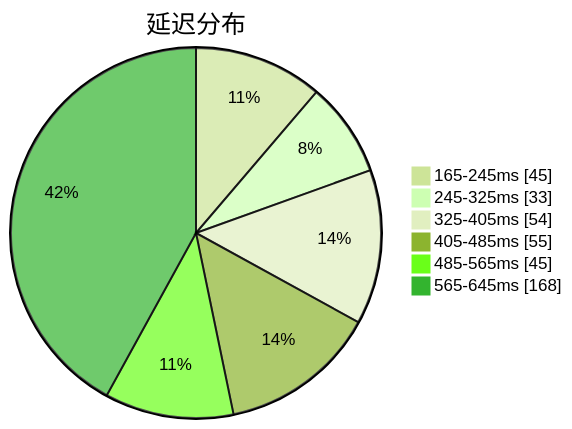
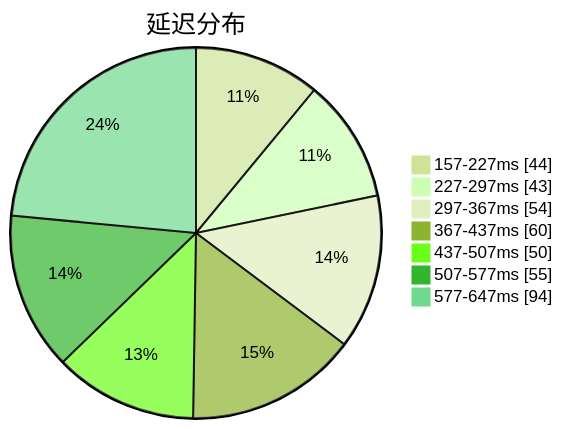
Before and after one commit to qjlxg/airport: the first of 3 diagrams in subs/statistics/tested_within.md, drawn with Mermaid (forest theme). The commit also changed other lines of this file and 2 other files, not shown here.

````diff
--- a/subs/statistics/tested_within.md
+++ b/subs/statistics/tested_within.md
@@ -2,10 +2,11 @@
 ```mermaid
 pie showData
 title 延迟分布
-"165-245ms" : 45
-"245-325ms" : 33
-"325-405ms" : 54
-"405-485ms" : 55
-"485-565ms" : 45
-"565-645ms" : 168
+"157-227ms" : 44
+"227-297ms" : 43
+"297-367ms" : 54
+"367-437ms" : 60
+"437-507ms" : 50
+"507-577ms" : 55
+"577-647ms" : 94
 ```
````
